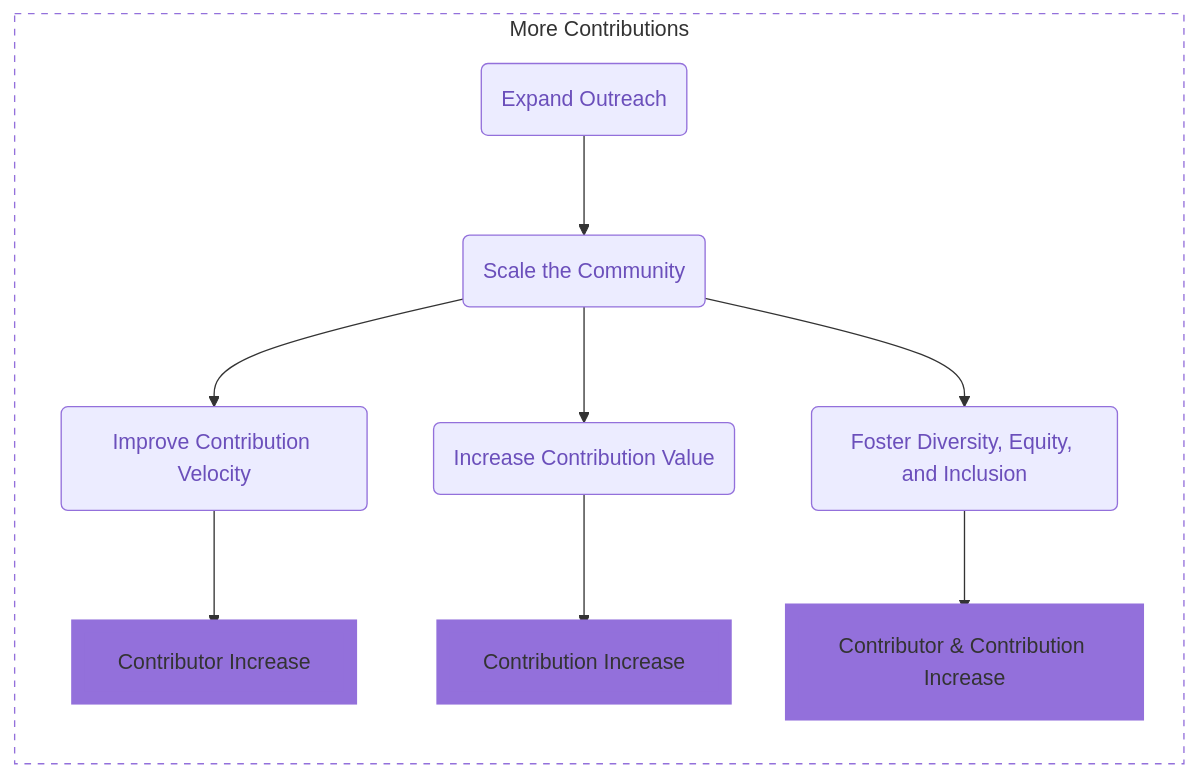
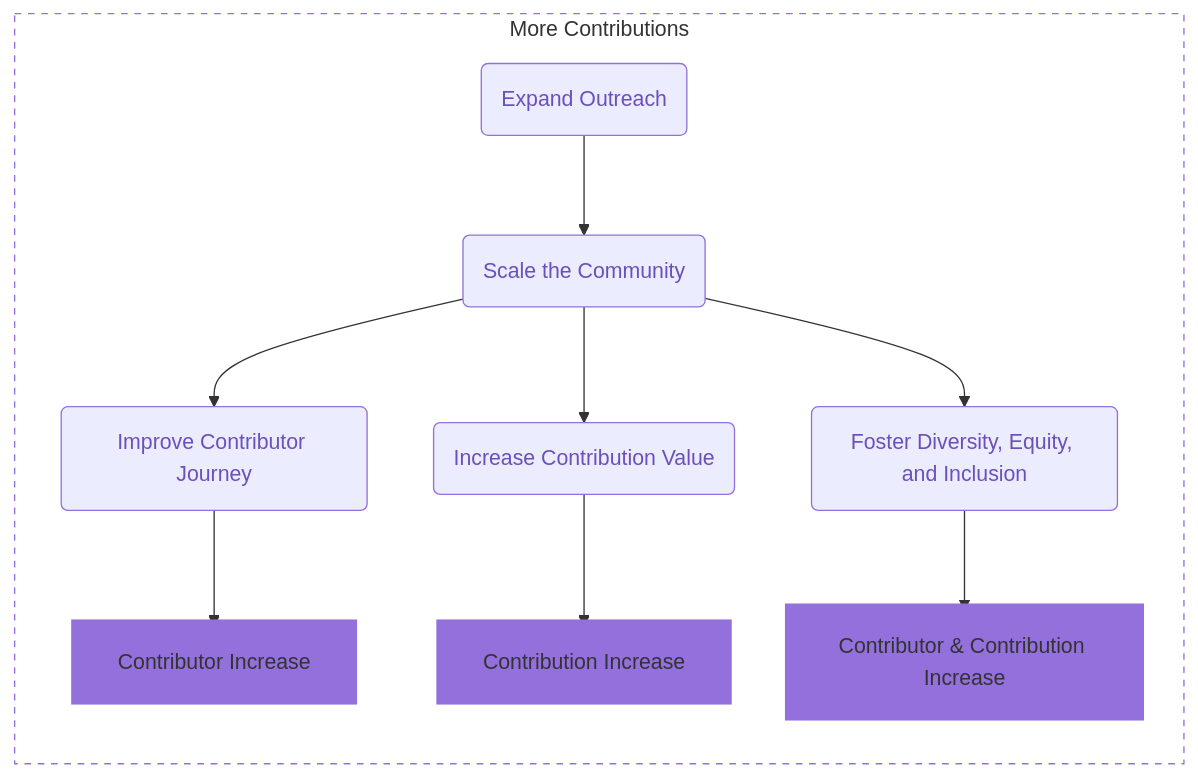
Before and after one commit to secretstartups/handbook: the diagram in content/handbook/engineering/open-source/growth-strategy.md, drawn with Mermaid. The commit also changed other lines of this file, not shown here.

Commit message:
Change velocity to journey

````diff
--- a/content/handbook/engineering/open-source/growth-strategy.md
+++ b/content/handbook/engineering/open-source/growth-strategy.md
@@ -10,34 +10,34 @@
 ```mermaid
 flowchart LR
   subgraph moreContributions["More Contributions"]
     contributorIncrease["Contributor Increase"]
     contributionIncrease["Contribution Increase"]
     bothIncrease["Contributor & Contribution Increase"]
     increaseValue("Increase Contribution Value")
-    improveVelocity("Improve Contribution Velocity")
+    improveJourney("Improve Contributor Journey")
     fosterDiversity("Foster Diversity, Equity, and Inclusion")
     scaleCommunity("Scale the Community")
     expandOutreach("Expand Outreach")
-    scaleCommunity-->improveVelocity
+    scaleCommunity-->improveJourney
     scaleCommunity-->increaseValue
     scaleCommunity-->fosterDiversity
     expandOutreach-->scaleCommunity
     increaseValue-->contributionIncrease
-    improveVelocity-->contributorIncrease
+    improveJourney-->contributorIncrease
     fosterDiversity-->bothIncrease
   end
   style moreContributions fill:#FFF, stroke:#9370DB, stroke-dasharray: 5 5
   style contributionIncrease fill:#9370DB,stroke:#9370DB,stroke-width:10px
   style contributorIncrease fill:#9370DB,stroke:#9370DB,stroke-width:10px
   style bothIncrease fill:#9370DB,stroke:#9370DB,stroke-width:10px
-  style improveVelocity color:#6b4fbb, stroke:#9370DB
+  style improveJourney color:#6b4fbb, stroke:#9370DB
   style increaseValue color:#6b4fbb, stroke:#9370DB
   style fosterDiversity color:#6b4fbb, stroke:#9370DB
   style expandOutreach color:#6b4fbb, stroke:#9370DB
   style scaleCommunity color:#6b4fbb, stroke:#9370DB
-  click improveVelocity "./#improve-contribution-velocity" _self
+  click improveJourney "./#improve-contributor-journey" _self
   click increaseValue "./#increase-contribution-value" _self
   click fosterDiversity "./#foster-diversity-equity-and-inclusion" _self
   click expandOutreach "./#expand-outreach" _self
   click scaleCommunity "./#scale-the-community" _self
  ```
````
